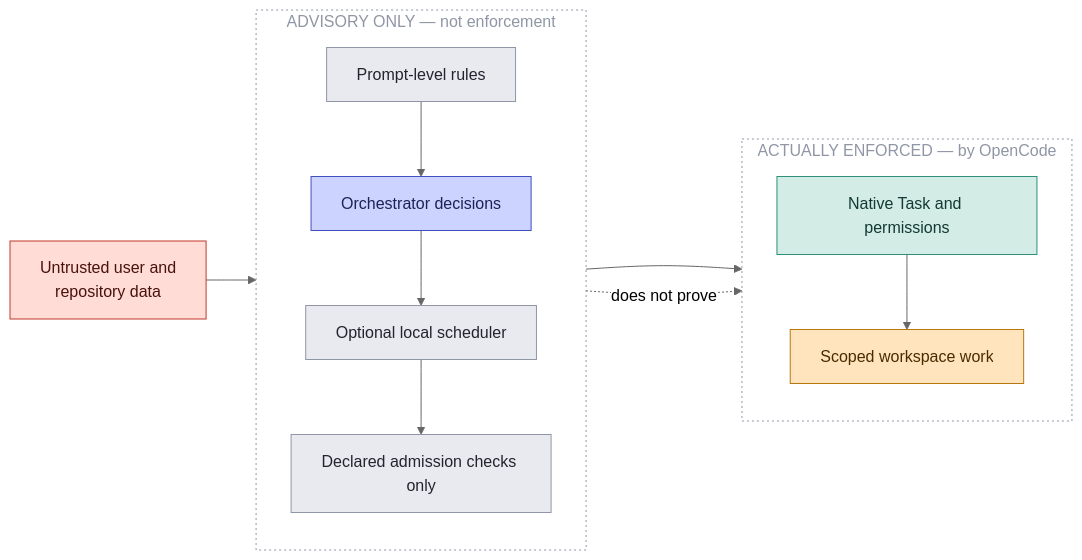
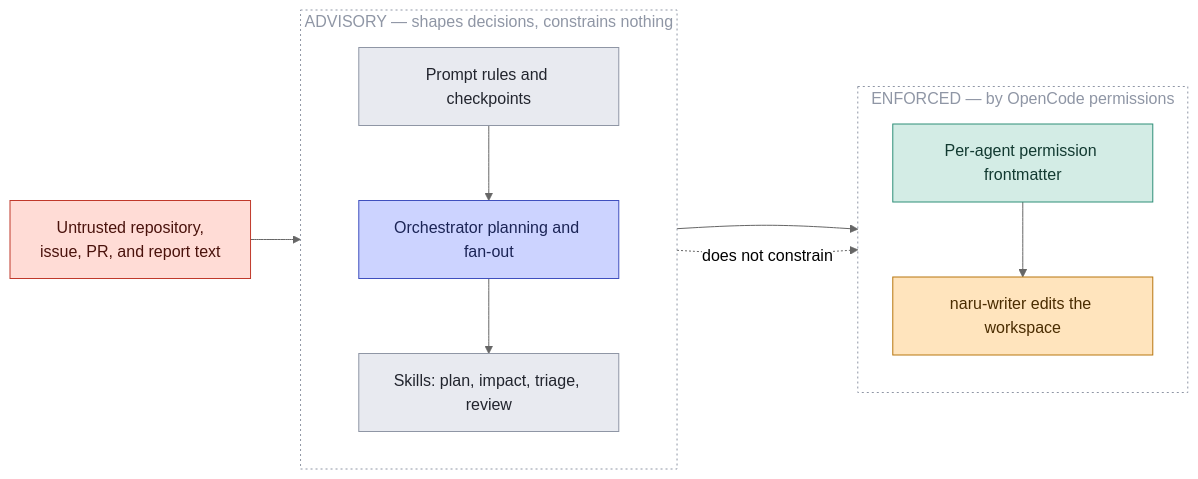
One commit to sean35mm/naru-opencode changed the diagram in docs/src/content/docs/reference/limitations.md. Above: the diagram before and after it, drawn with Mermaid (neutral theme). The commit also changed other lines of this file and 24 other files, not shown here.

First line of the commit message:
docs: rewrite documentation for the v-next architecture

````diff
--- a/docs/src/content/docs/reference/limitations.md
+++ b/docs/src/content/docs/reference/limitations.md
@@ -8,33 +8,31 @@
 ```mermaid
 flowchart LR
-  U["Untrusted user and<br/>repository data"]:::danger
+  U["Untrusted repository,<br/>issue, PR, and report text"]:::danger
 
-  subgraph advisory["ADVISORY ONLY — not enforcement"]
+  subgraph advisory["ADVISORY — shapes decisions, constrains nothing"]
     direction TB
-    P["Prompt-level rules"]:::gate
-    O["Orchestrator decisions"]:::coord
-    S["Optional local scheduler"]:::gate
-    L["Declared admission checks only"]:::gate
+    P["Prompt rules and checkpoints"]:::gate
+    O["Orchestrator planning and fan-out"]:::coord
+    S["Skills: plan, impact, triage, review"]:::gate
   end
 
-  subgraph enforced["ACTUALLY ENFORCED — by OpenCode"]
+  subgraph enforced["ENFORCED — by OpenCode permissions"]
     direction TB
-    N["Native Task and permissions"]:::read
-    W["Scoped workspace work"]:::write
+    N["Per-agent permission frontmatter"]:::read
+    W["naru-writer edits the workspace"]:::write
   end
 
   U --> P --> O
-  O --> N
-  O --> S --> L
-  N --> W
-  L -. "does not prove" .-> W
+  O --> S
+  O --> N --> W
+  P -. "does not constrain" .-> W
 
   style advisory fill:none,stroke:#8f96a5,stroke-dasharray:2 3,color:#8f96a5
   style enforced fill:none,stroke:#8f96a5,stroke-dasharray:2 3,color:#8f96a5
 
   classDef coord fill:#ccd3ff,stroke:#3f4fbe,color:#1b2456
   classDef read fill:#d3ece5,stroke:#2f8f78,color:#123a31
   classDef write fill:#ffe4bd,stroke:#b8760f,color:#4a2c00
   classDef gate fill:#e8eaf0,stroke:#8f96a5,color:#22252e
   classDef danger fill:#ffdcd6,stroke:#c0392b,color:#4a120c
 ```
````
